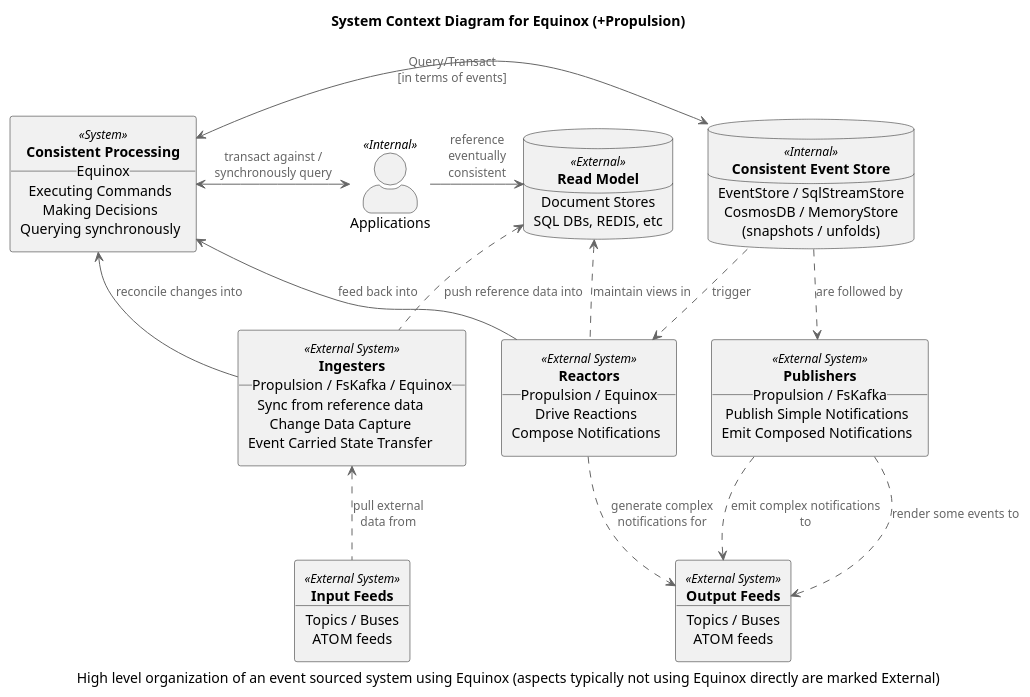
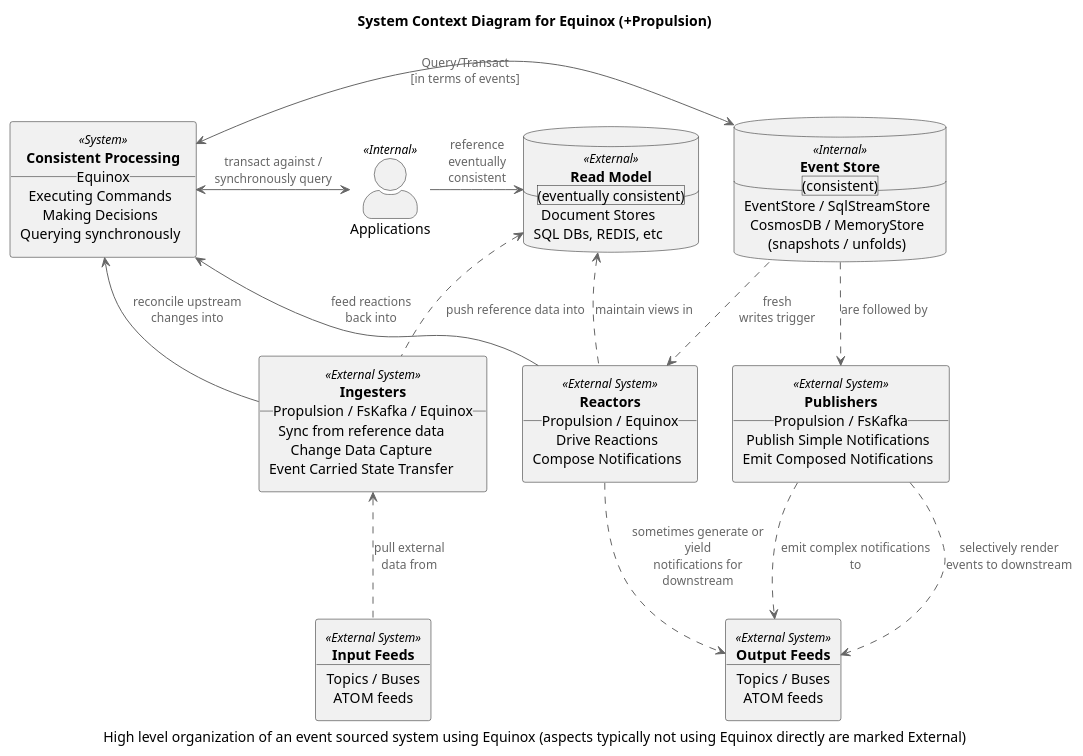
The diagram in diagrams/context.puml (jet/equinox), drawn with PlantUML before and after one commit.

Commit message:
Felipe feedback

```diff
--- a/diagrams/context.puml
+++ b/diagrams/context.puml
@@ -1,87 +1,89 @@
-@startuml
+    @startuml
 !includeurl https://raw.githubusercontent.com/skleanthous/C4-PlantumlSkin/master/build/output/c4.puml
 
 title System Context Diagram for Equinox (+Propulsion)
 caption High level organization of an event sourced system using Equinox (aspects typically not using Equinox directly are marked External)
 
 actor "Applications" <<Internal>> as apps
 
 rectangle services <<System>> [
     **Consistent Processing**
     __Equinox__
     Executing Commands
     Making Decisions
     Querying synchronously
 ]
 
 database stores <<Internal>> [
-    **Consistent Event Store**
-    ____
+    **Event Store**
+    __(consistent)__
     EventStore / SqlStreamStore
     CosmosDB / MemoryStore
     (snapshots / unfolds)
 ]
 
 database caches <<External>> [
     **Read Model**
-    ____
+    __(eventually consistent)__
     Document Stores 
     SQL DBs, REDIS, etc
 ]
 
 together {
     rectangle ingesters <<External System>> [
         **Ingesters**
         __Propulsion / FsKafka / Equinox__
         Sync from reference data
         Change Data Capture
         Event Carried State Transfer
     ]
     rectangle reactors <<External System>> [
         **Reactors**
         __Propulsion / Equinox__
         Drive Reactions
         Compose Notifications
     ]
     rectangle publishers <<External System>> [
         **Publishers**
         __Propulsion / FsKafka__
         Publish Simple Notifications
         Emit Composed Notifications
     ]
 }
 
 rectangle inputs <<External System>> [
     **Input Feeds**
     ____
     Topics / Buses
     ATOM feeds 
 ]
 
 rectangle outputs <<External System>> [
     **Output Feeds**
     ____
     Topics / Buses
     ATOM feeds
 ]
 
 apps          -> caches     : reference\neventually\nconsistent
 apps       <-L-> services   : transact against /\nsynchronously query
 
 services   <-R-> stores     : Query/Transact\n[in terms of events]
 
 stores       ..> publishers : are followed by
-stores       ..> reactors   : trigger
+stores       ..> reactors   : fresh\nwrites trigger
 
 ingesters  <..   inputs     : pull external\ndata from
-ingesters    --> services   : reconcile changes into
+ingesters    --> services   : reconcile upstream\nchanges into
 ingesters   .U.> caches     : push reference data into
 
-reactors     --> services   : feed back into
-reactors     ..> outputs    : generate complex\nnotifications for
+reactors     --> services   : feed reactions\nback into
+reactors     ..> outputs    : sometimes generate or yield\nnotifications for\ndownstream
 reactors    .U.> caches     : maintain views in
 
 publishers   ..> outputs    : emit complex notifications to
-publishers   ..> outputs    : render some events to
+publishers   ..> outputs    : selectively render\nevents to downstream
+
+ingesters  -[hidden]R-> reactors
 
 @enduml
```
